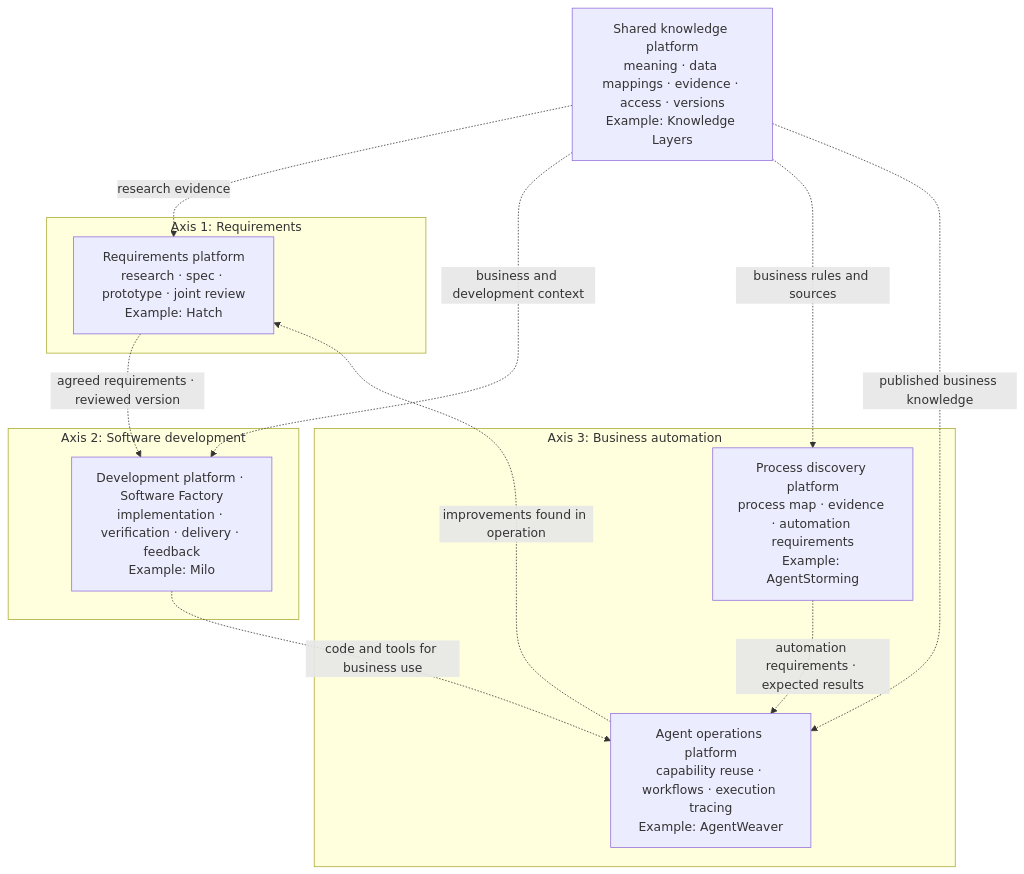
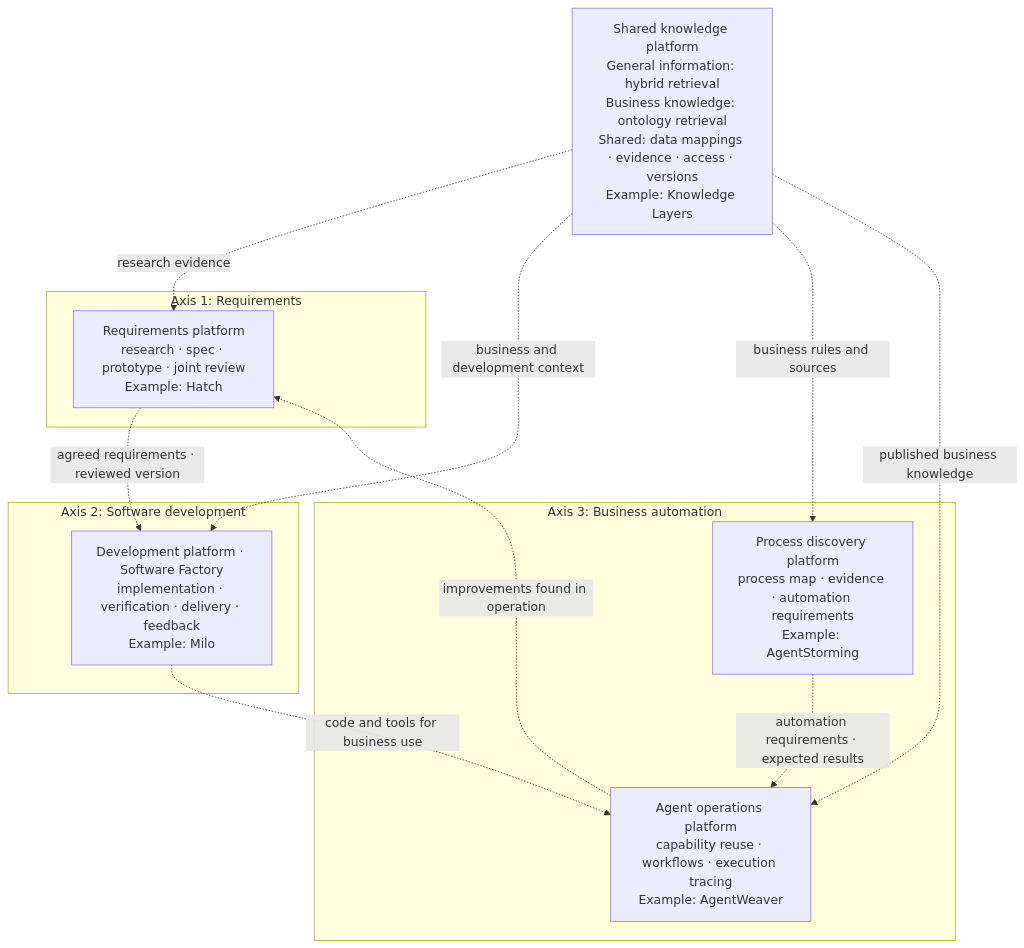
One commit to haandol/haandol.github.com changed the first of 6 diagrams in _en/2026-11-05-enterprise-wide-ax-essentials.md. Above: the diagram before and after it, drawn with Mermaid. The commit also changed other lines of this file and 3 other files, not shown here.

Commit message:
docs: clarify AX knowledge layers and add ontology example

````diff
--- a/_en/2026-11-05-enterprise-wide-ax-essentials.md
+++ b/_en/2026-11-05-enterprise-wide-ax-essentials.md
@@ -54,22 +54,22 @@
 ```mermaid
 flowchart TB
   subgraph X1["Axis 1: Requirements"]
     H["Requirements platform<br/>research · spec · prototype · joint review<br/>Example: Hatch"]
   end
   subgraph X2["Axis 2: Software development"]
     F["Development platform · Software Factory<br/>implementation · verification · delivery · feedback<br/>Example: Milo"]
   end
   subgraph X3["Axis 3: Business automation"]
     S["Process discovery platform<br/>process map · evidence · automation requirements<br/>Example: AgentStorming"]
     W["Agent operations platform<br/>capability reuse · workflows · execution tracing<br/>Example: AgentWeaver"]
     S -.->|"automation requirements · expected results"| W
   end
   H -.->|"agreed requirements · reviewed version"| F
   F -.->|"code and tools for business use"| W
   W -.->|"improvements found in operation"| H
-  K["Shared knowledge platform<br/>meaning · data mappings · evidence · access · versions<br/>Example: Knowledge Layers"]
+  K["Shared knowledge platform<br/>General information: hybrid retrieval<br/>Business knowledge: ontology retrieval<br/>Shared: data mappings · evidence · access · versions<br/>Example: Knowledge Layers"]
   K -.->|"research evidence"| H
   K -.->|"business and development context"| F
   K -.->|"business rules and sources"| S
   K -.->|"published business knowledge"| W
 ```
````
